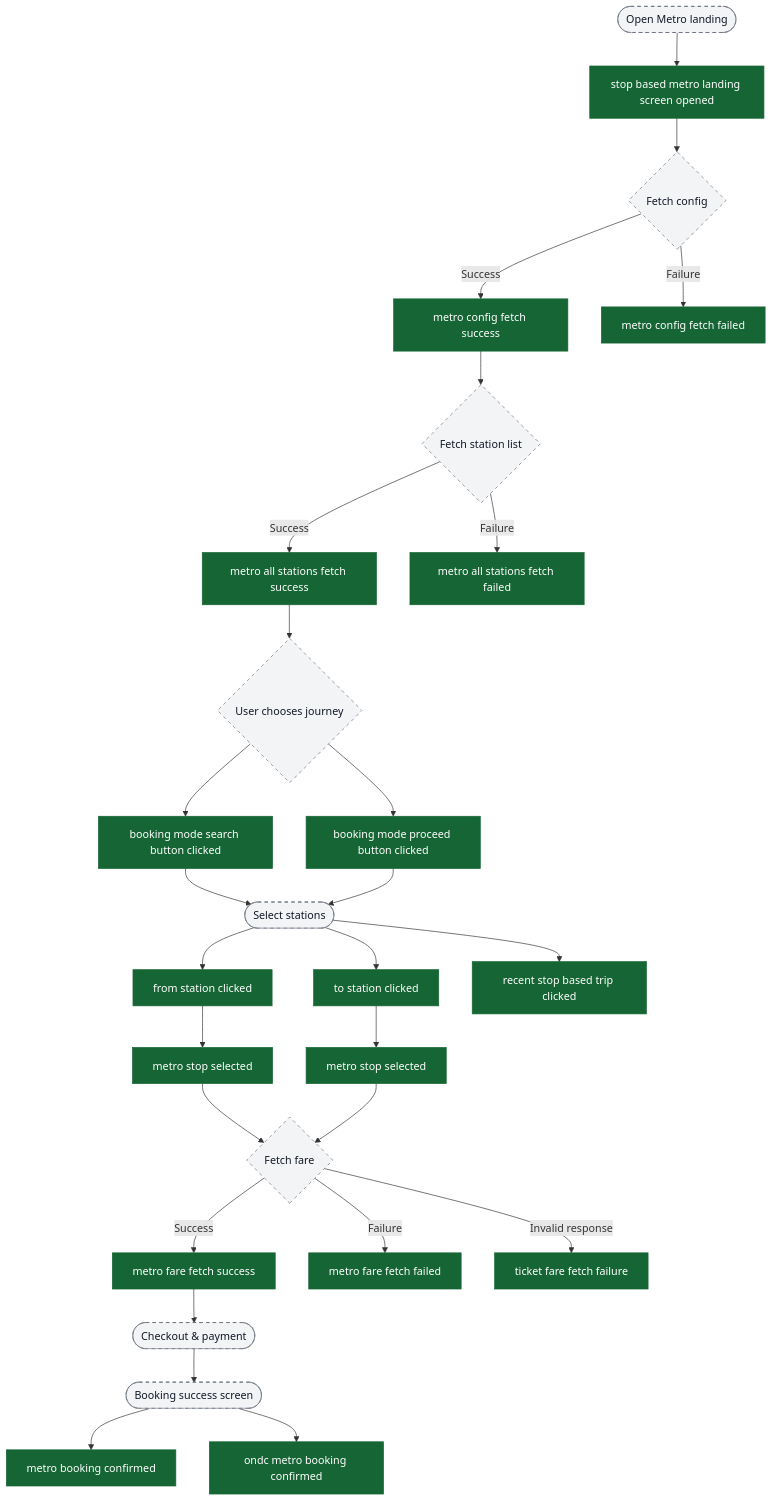
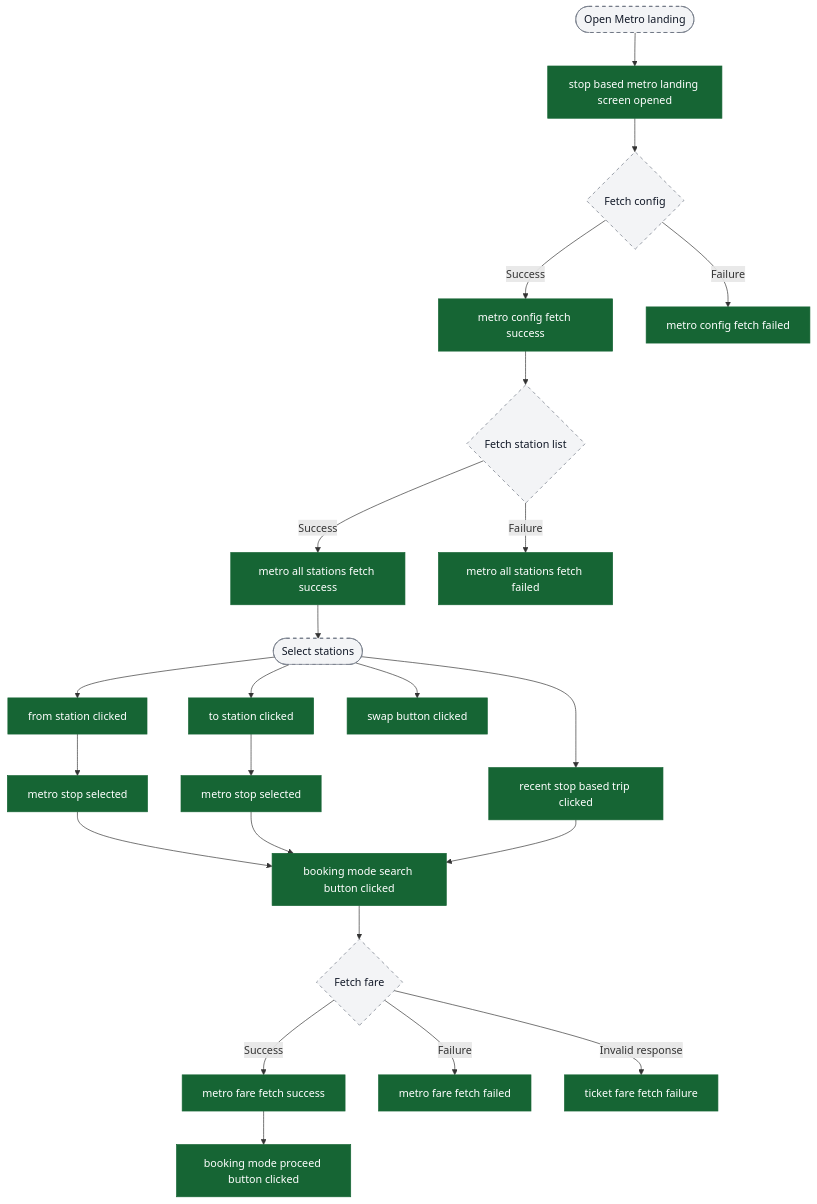
Before and after one commit to ratulsarna/chalo-app-dashboard: the second of 8 diagrams in content/analytics/metro/flow-diagrams.md, drawn with Mermaid. The commit also changed other lines of this file and 6 other files, not shown here.

First line of the commit message:
Refactor metro and quick-pay analytics flow diagrams and events

````diff
--- a/content/analytics/metro/flow-diagrams.md
+++ b/content/analytics/metro/flow-diagrams.md
@@ -26,46 +33,40 @@
 ```mermaid
 flowchart TD
   ui_open([Open Metro landing]) --> ev_open["stop based metro landing screen opened"]
 
   ev_open --> ui_config{Fetch config}
   ui_config -->|Success| ev_cfgOk["metro config fetch success"]
   ui_config -->|Failure| ev_cfgFail["metro config fetch failed"]
 
   ev_cfgOk --> ui_stations{Fetch station list}
   ui_stations -->|Success| ev_stationsOk["metro all stations fetch success"]
   ui_stations -->|Failure| ev_stationsFail["metro all stations fetch failed"]
 
-  ev_stationsOk --> ui_tripType{User chooses journey}
-  ui_tripType --> ev_searchMode["booking mode search button clicked"]
-  ui_tripType --> ev_proceedMode["booking mode proceed button clicked"]
-
-  ev_searchMode --> ui_selectStops([Select stations])
-  ev_proceedMode --> ui_selectStops
+  ev_stationsOk --> ui_selectStops([Select stations])
 
   ui_selectStops --> ev_fromClick["from station clicked"]
   ev_fromClick --> ev_stopSelectedFrom["metro stop selected"]
 
   ui_selectStops --> ev_toClick["to station clicked"]
   ev_toClick --> ev_stopSelectedTo["metro stop selected"]
 
+  ui_selectStops --> ev_swap["swap button clicked"]
   ui_selectStops --> ev_recentTrip["recent stop based trip clicked"]
 
-  ev_stopSelectedFrom --> ui_fareFetch{Fetch fare}
-  ev_stopSelectedTo --> ui_fareFetch
+  ev_stopSelectedFrom --> ev_searchBtn["booking mode search button clicked"]
+  ev_stopSelectedTo --> ev_searchBtn
+  ev_recentTrip --> ev_searchBtn
 
+  ev_searchBtn --> ui_fareFetch{Fetch fare}
   ui_fareFetch -->|Success| ev_fareOk["metro fare fetch success"]
   ui_fareFetch -->|Failure| ev_fareFail["metro fare fetch failed"]
   ui_fareFetch -->|Invalid response| ev_ticketFareFail["ticket fare fetch failure"]
 
-  ev_fareOk --> ui_checkout([Checkout & payment])
-  ui_checkout --> ui_success([Booking success screen])
-  ui_success --> ev_confirmed["metro booking confirmed"]
-  ui_success --> ev_ondcConfirmed["ondc metro booking confirmed"]
+  ev_fareOk --> ev_proceedBtn["booking mode proceed button clicked"]
 
   classDef event fill:#166534,stroke:#166534,color:#ffffff;
   classDef ui fill:#f3f4f6,stroke:#6b7280,stroke-dasharray: 5 5,color:#111827;
-  classDef external fill:#ffffff,stroke:#6b7280,stroke-dasharray: 3 3,color:#111827;
 
-  class ev_open,ev_cfgOk,ev_cfgFail,ev_stationsOk,ev_stationsFail,ev_searchMode,ev_proceedMode,ev_fromClick,ev_stopSelectedFrom,ev_toClick,ev_stopSelectedTo,ev_recentTrip,ev_fareOk,ev_fareFail,ev_ticketFareFail,ev_confirmed,ev_ondcConfirmed event;
-  class ui_open,ui_config,ui_stations,ui_tripType,ui_selectStops,ui_fareFetch,ui_checkout,ui_success ui;
+  class ev_open,ev_cfgOk,ev_cfgFail,ev_stationsOk,ev_stationsFail,ev_fromClick,ev_stopSelectedFrom,ev_toClick,ev_stopSelectedTo,ev_swap,ev_recentTrip,ev_searchBtn,ev_fareOk,ev_fareFail,ev_ticketFareFail,ev_proceedBtn event;
+  class ui_open,ui_config,ui_stations,ui_selectStops,ui_fareFetch ui;
 ```
````
